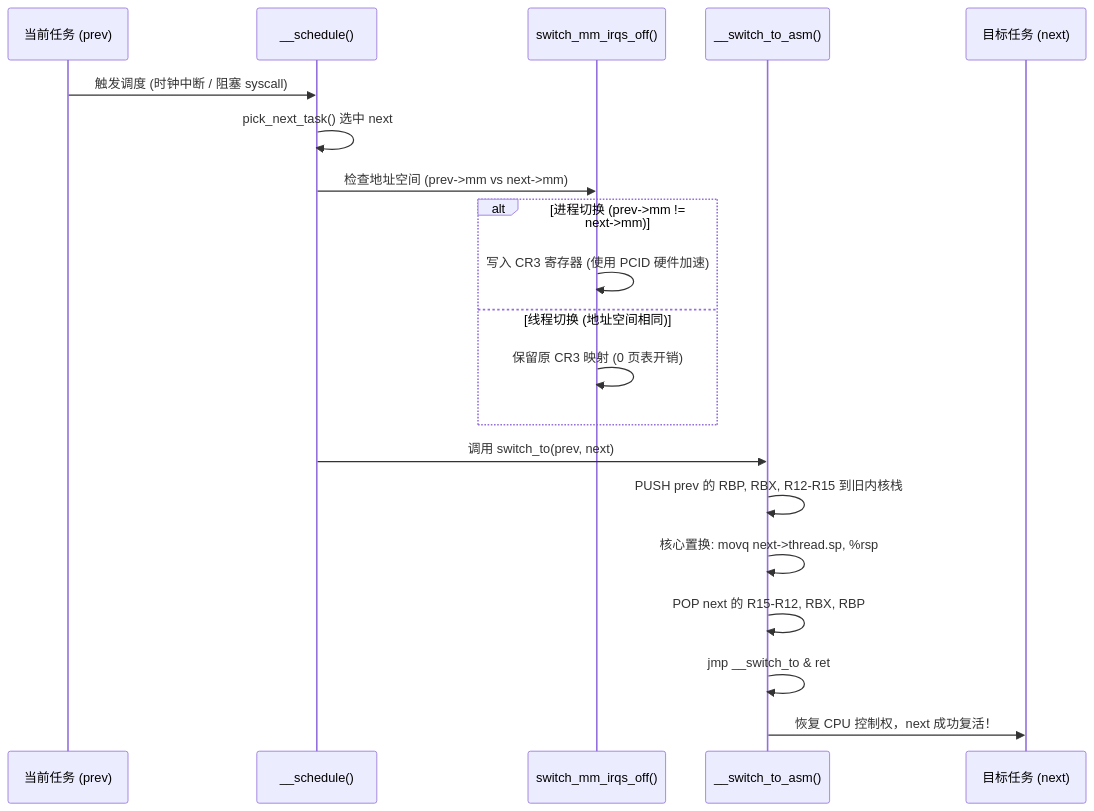
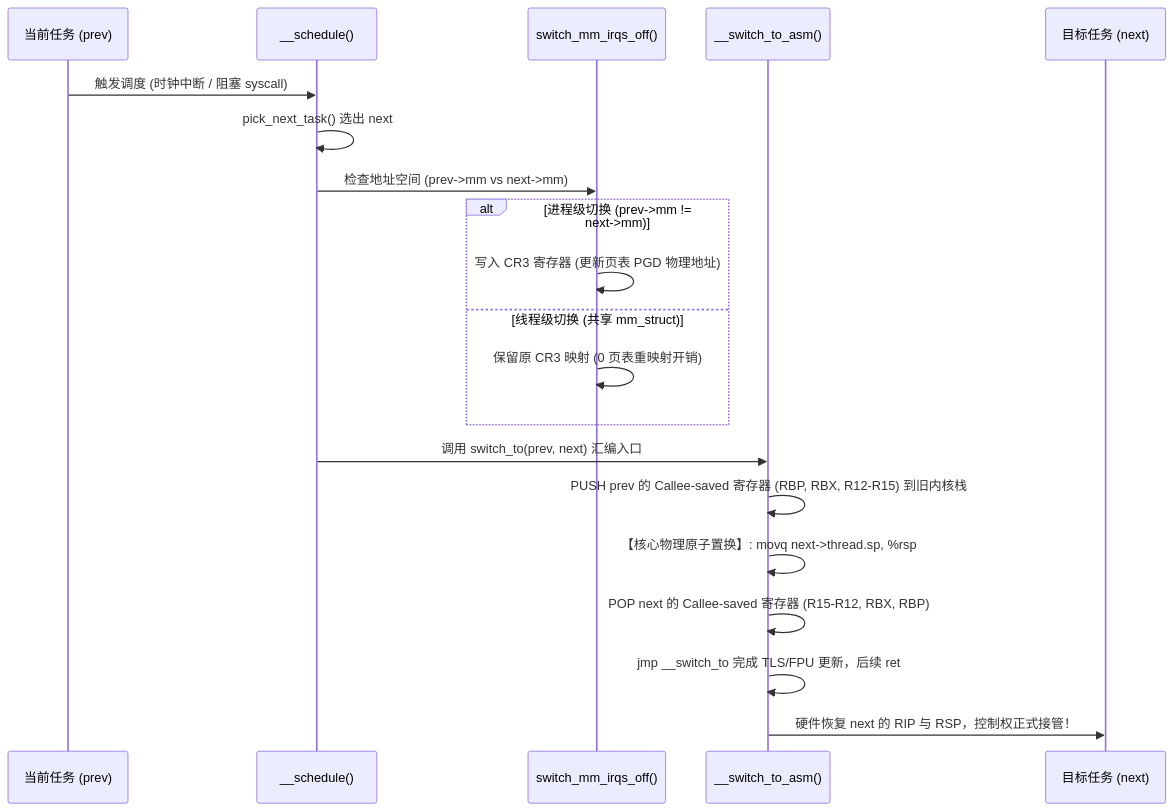
Before and after one commit to MoreConsequence/MoreConsequence.github.io: the third of 8 diagrams in content/posts/understanding-context-switching-from-cpu-to-goroutines.md, drawn with Mermaid. The commit also changed other lines of this file and 1 other file, not shown here.

Commit message:
docs(blog): 补全上下文切换深度长文推导、原理文字解析与文章图片 CSS 居中限宽样式

````diff
--- a/content/posts/understanding-context-switching-from-cpu-to-goroutines.md
+++ b/content/posts/understanding-context-switching-from-cpu-to-goroutines.md
@@ -87,23 +109,23 @@
 ```mermaid
 sequenceDiagram
     participant Prev as 当前任务 (prev)
     participant Sched as __schedule()
     participant MM as switch_mm_irqs_off()
     participant ASM as __switch_to_asm()
     participant Next as 目标任务 (next)
 
     Prev->>Sched: 触发调度 (时钟中断 / 阻塞 syscall)
-    Sched->>Sched: pick_next_task() 选中 next
+    Sched->>Sched: pick_next_task() 选出 next
     Sched->>MM: 检查地址空间 (prev->mm vs next->mm)
-    alt 进程切换 (prev->mm != next->mm)
-        MM->>MM: 写入 CR3 寄存器 (使用 PCID 硬件加速)
-    else 线程切换 (地址空间相同)
-        MM->>MM: 保留原 CR3 映射 (0 页表开销)
+    alt 进程级切换 (prev->mm != next->mm)
+        MM->>MM: 写入 CR3 寄存器 (更新页表 PGD 物理地址)
+    else 线程级切换 (共享 mm_struct)
+        MM->>MM: 保留原 CR3 映射 (0 页表重映射开销)
     end
-    Sched->>ASM: 调用 switch_to(prev, next)
-    ASM->>ASM: PUSH prev 的 RBP, RBX, R12-R15 到旧内核栈
-    ASM->>ASM: 核心置换: movq next->thread.sp, %rsp
-    ASM->>ASM: POP next 的 R15-R12, RBX, RBP
-    ASM->>ASM: jmp __switch_to & ret
-    ASM->>Next: 恢复 CPU 控制权，next 成功复活！
+    Sched->>ASM: 调用 switch_to(prev, next) 汇编入口
+    ASM->>ASM: PUSH prev 的 Callee-saved 寄存器 (RBP, RBX, R12-R15) 到旧内核栈
+    ASM->>ASM: 【核心物理原子置换】: movq next->thread.sp, %rsp
+    ASM->>ASM: POP next 的 Callee-saved 寄存器 (R15-R12, RBX, RBP)
+    ASM->>ASM: jmp __switch_to 完成 TLS/FPU 更新，后续 ret
+    ASM->>Next: 硬件恢复 next 的 RIP 与 RSP，控制权正式接管！
 ```
````
